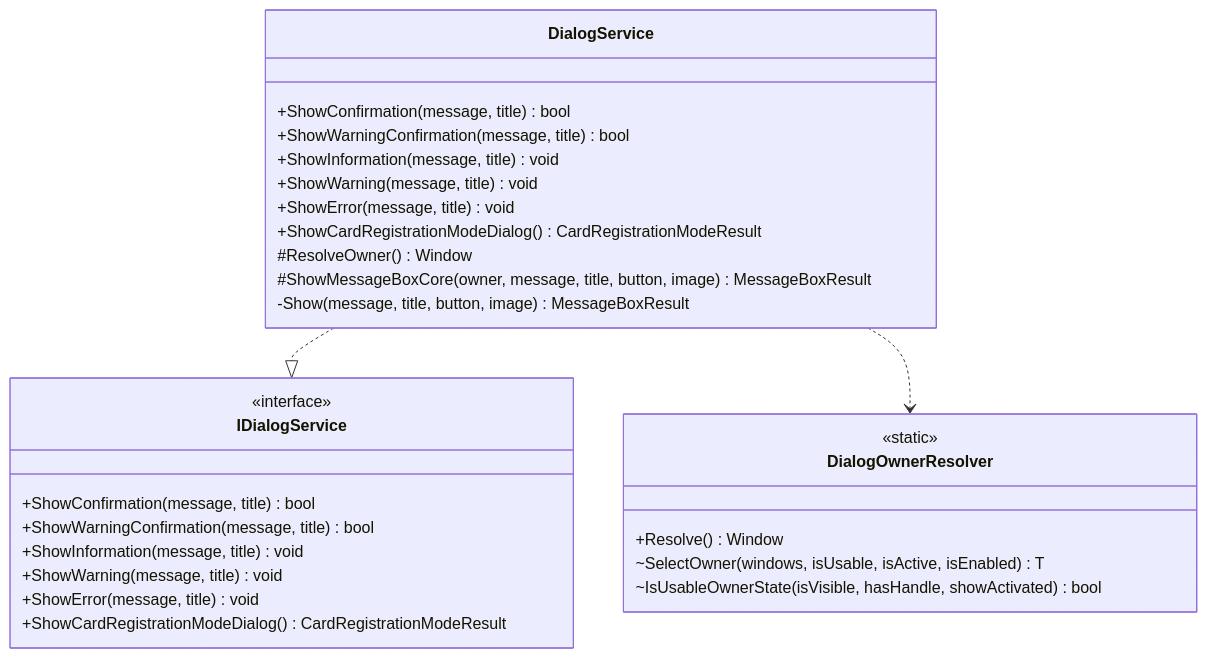
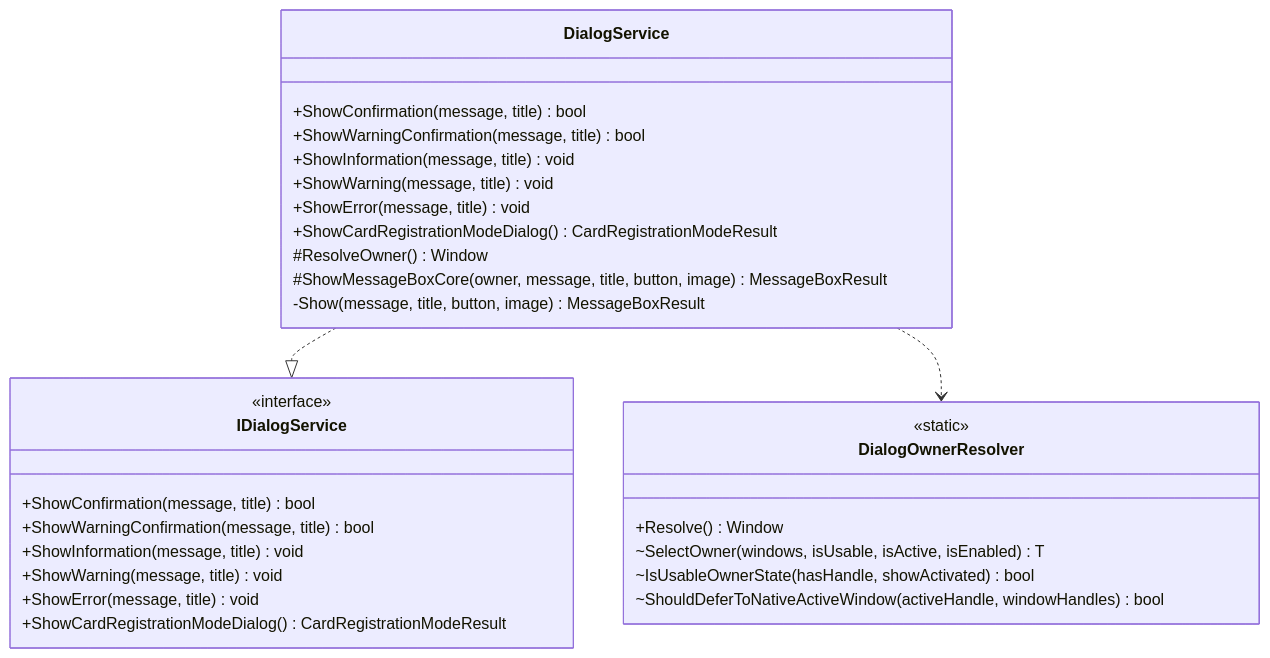
Before and after one commit to kuwayamamasayuki/ICCardManager: diagram 28 of 51 in ICCardManager/docs/design/05_クラス設計書.md, drawn with Mermaid. The commit also changed other lines of this file and 6 other files, not shown here.

````diff
--- a/ICCardManager/docs/design/05_クラス設計書.md
+++ b/ICCardManager/docs/design/05_クラス設計書.md
@@ -1647,34 +1647,35 @@
 ```mermaid
 classDiagram
     class IDialogService {
         <<interface>>
         +ShowConfirmation(message, title) bool
         +ShowWarningConfirmation(message, title) bool
         +ShowInformation(message, title) void
         +ShowWarning(message, title) void
         +ShowError(message, title) void
         +ShowCardRegistrationModeDialog() CardRegistrationModeResult
     }
 
     class DialogService {
         +ShowConfirmation(message, title) bool
         +ShowWarningConfirmation(message, title) bool
         +ShowInformation(message, title) void
         +ShowWarning(message, title) void
         +ShowError(message, title) void
         +ShowCardRegistrationModeDialog() CardRegistrationModeResult
         #ResolveOwner() Window
         #ShowMessageBoxCore(owner, message, title, button, image) MessageBoxResult
         -Show(message, title, button, image) MessageBoxResult
     }
 
     class DialogOwnerResolver {
         <<static>>
         +Resolve() Window
         ~SelectOwner(windows, isUsable, isActive, isEnabled) T
-        ~IsUsableOwnerState(isVisible, hasHandle, showActivated) bool
+        ~IsUsableOwnerState(hasHandle, showActivated) bool
+        ~ShouldDeferToNativeActiveWindow(activeHandle, windowHandles) bool
     }
 
     DialogService ..|> IDialogService
     DialogService ..> DialogOwnerResolver
 ```
````
